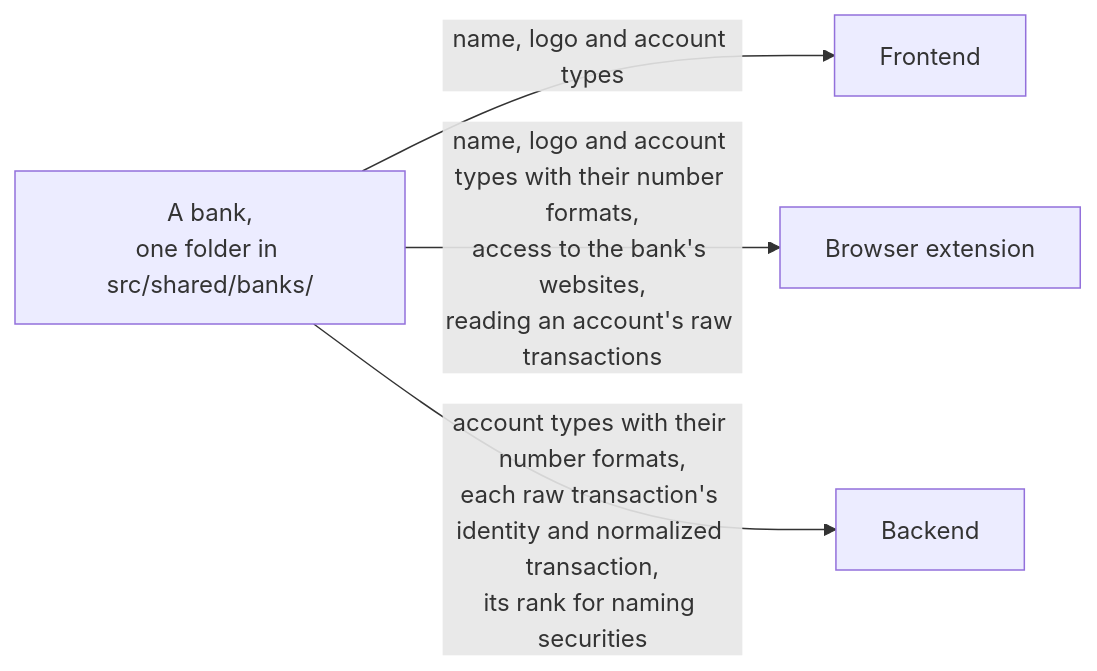
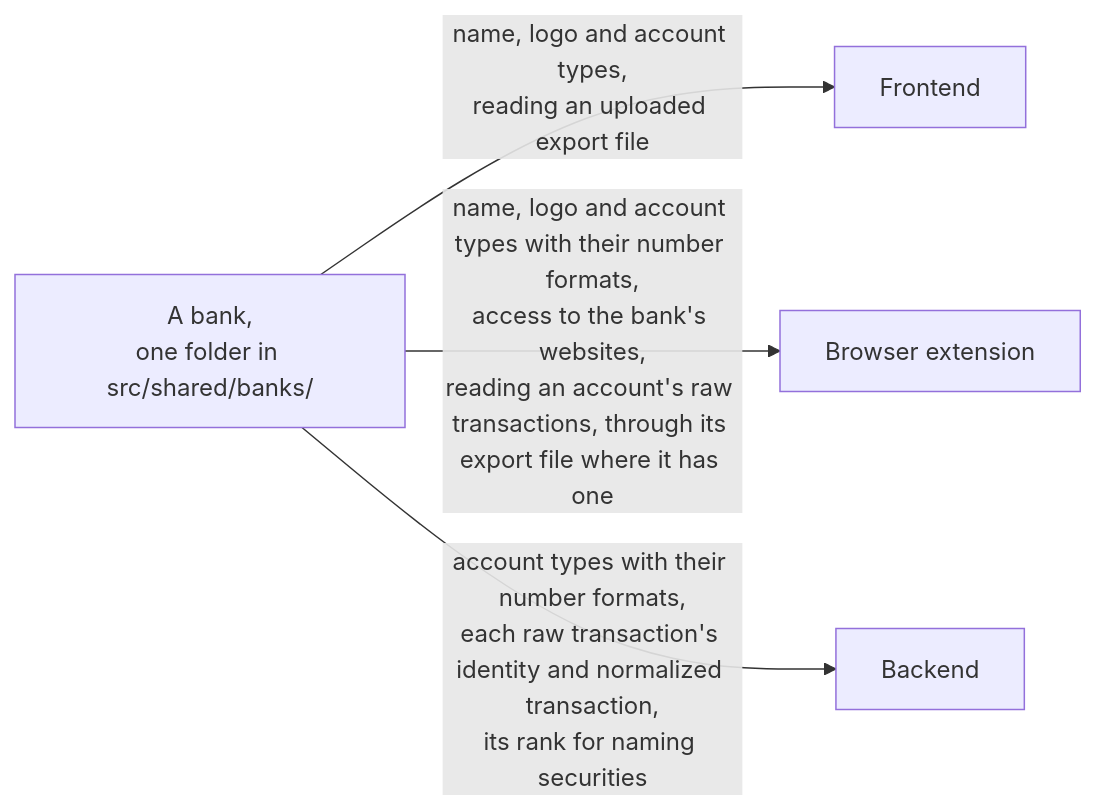
The diagram in docs/contract/banks.md (lennartmoeller/finance-tracker), drawn with Mermaid before and after one commit. The commit also changed 35 other files, not shown here.

Commit message:
feat: import a bank's transaction export file into an account in the frontend (#64)

````diff
--- a/docs/contract/banks.md
+++ b/docs/contract/banks.md
@@ -3,10 +3,10 @@
 ```mermaid
 flowchart LR
   bank["A bank,<br/>one folder in src/shared/banks/"]
   frontend["Frontend"]
   extension["Browser extension"]
   backend["Backend"]
-  bank -- "name, logo and account types" --> frontend
-  bank -- "name, logo and account types with their number formats,<br/>access to the bank's websites,<br/>reading an account's raw transactions" --> extension
+  bank -- "name, logo and account types,<br/>reading an uploaded export file" --> frontend
+  bank -- "name, logo and account types with their number formats,<br/>access to the bank's websites,<br/>reading an account's raw transactions, through its export file where it has one" --> extension
   bank -- "account types with their number formats,<br/>each raw transaction's identity and normalized transaction,<br/>its rank for naming securities" --> backend
 ```
````
